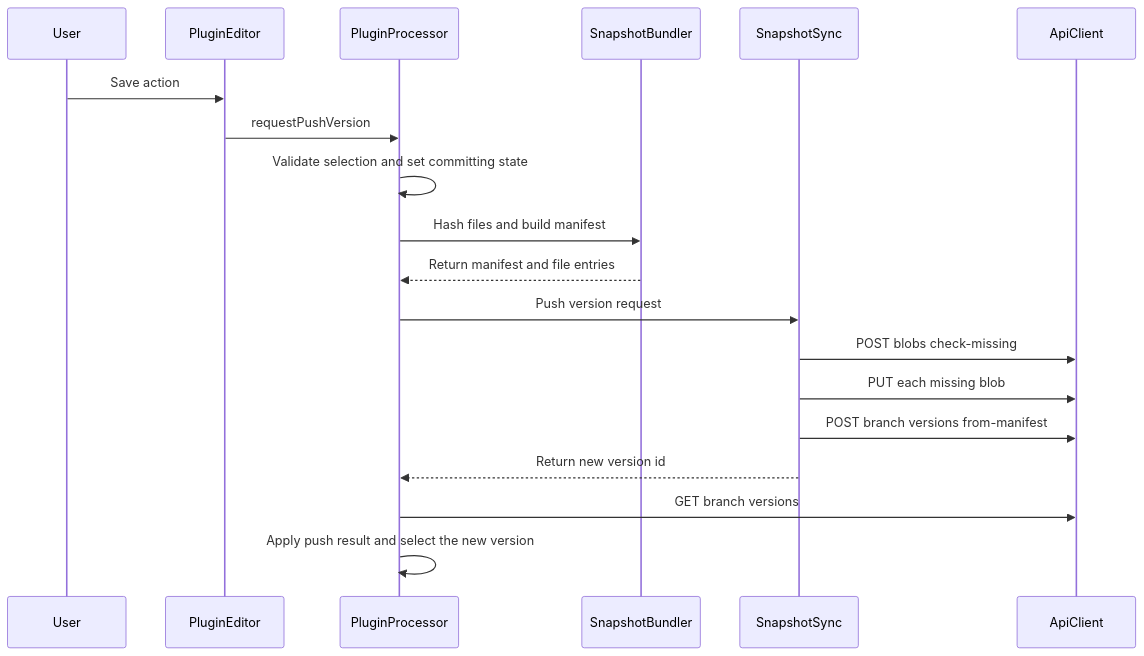
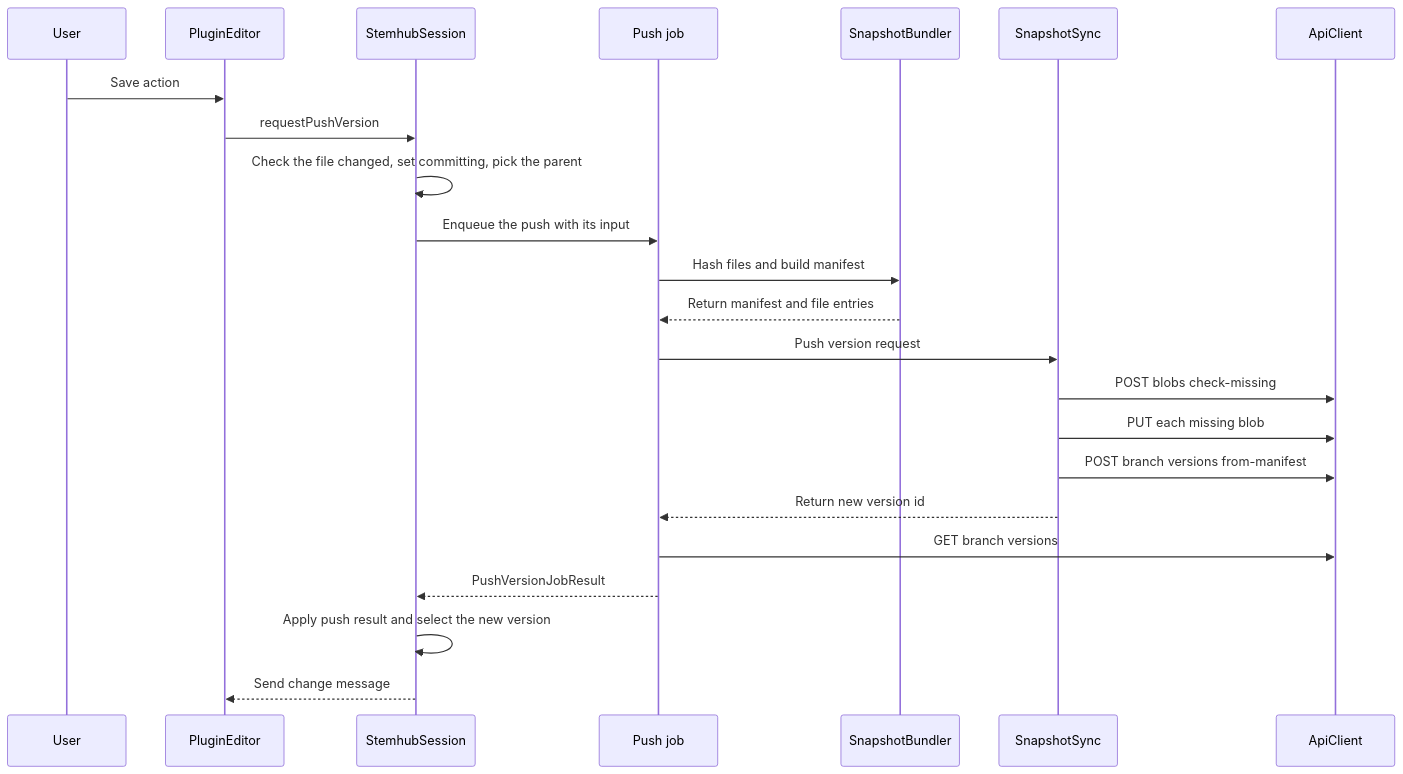
The second of 3 diagrams in docs/plugin-data-flow.md (stemhub-org/Stemhub), drawn with Mermaid before and after one commit. The commit also changed other lines of this file and 20 other files, not shown here.

First line of the commit message:
refactor(plugin): move the session out of the processor, typed statuses (#264)

````diff
--- a/docs/plugin-data-flow.md
+++ b/docs/plugin-data-flow.md
@@ -150,22 +157,26 @@
 ```mermaid
 sequenceDiagram
     participant U as User
     participant E as PluginEditor
-    participant P as PluginProcessor
+    participant P as StemhubSession
+    participant W as Push job
     participant S as SnapshotBundler
     participant V as SnapshotSync
     participant A as ApiClient
 
     U->>E: Save action
     E->>P: requestPushVersion
-    P->>P: Validate selection and set committing state
-    P->>S: Hash files and build manifest
-    S-->>P: Return manifest and file entries
-    P->>V: Push version request
+    P->>P: Check the file changed, set committing, pick the parent
+    P->>W: Enqueue the push with its input
+    W->>S: Hash files and build manifest
+    S-->>W: Return manifest and file entries
+    W->>V: Push version request
     V->>A: POST blobs check-missing
     V->>A: PUT each missing blob
     V->>A: POST branch versions from-manifest
-    V-->>P: Return new version id
-    P->>A: GET branch versions
+    V-->>W: Return new version id
+    W->>A: GET branch versions
+    W-->>P: PushVersionJobResult
     P->>P: Apply push result and select the new version
+    P-->>E: Send change message
 ```
````
